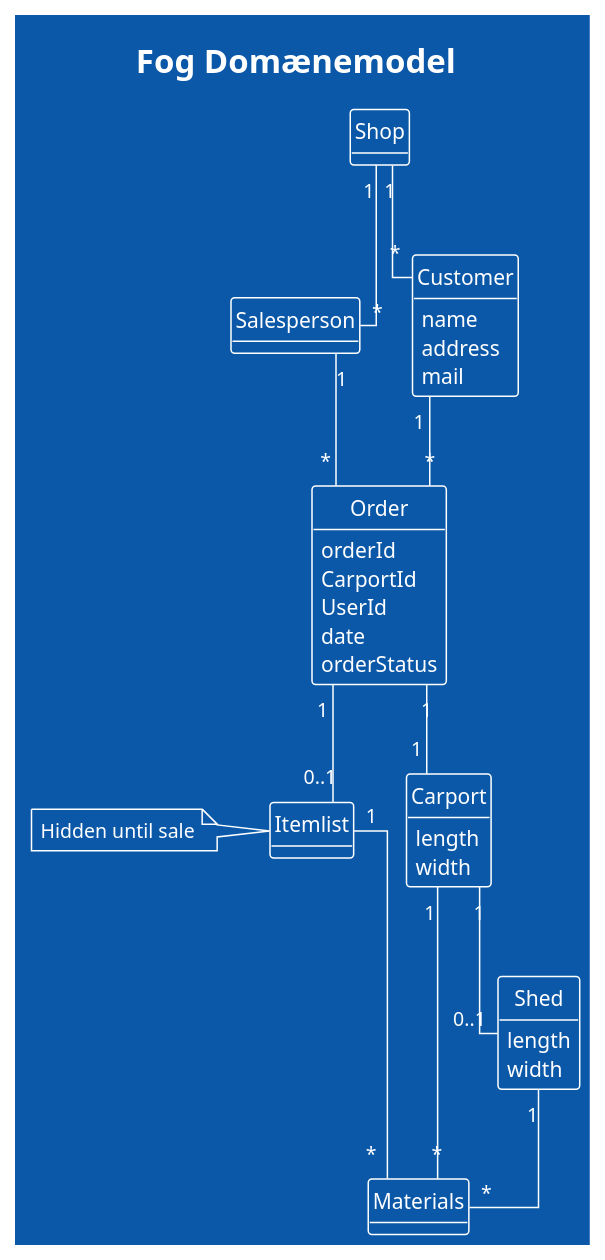
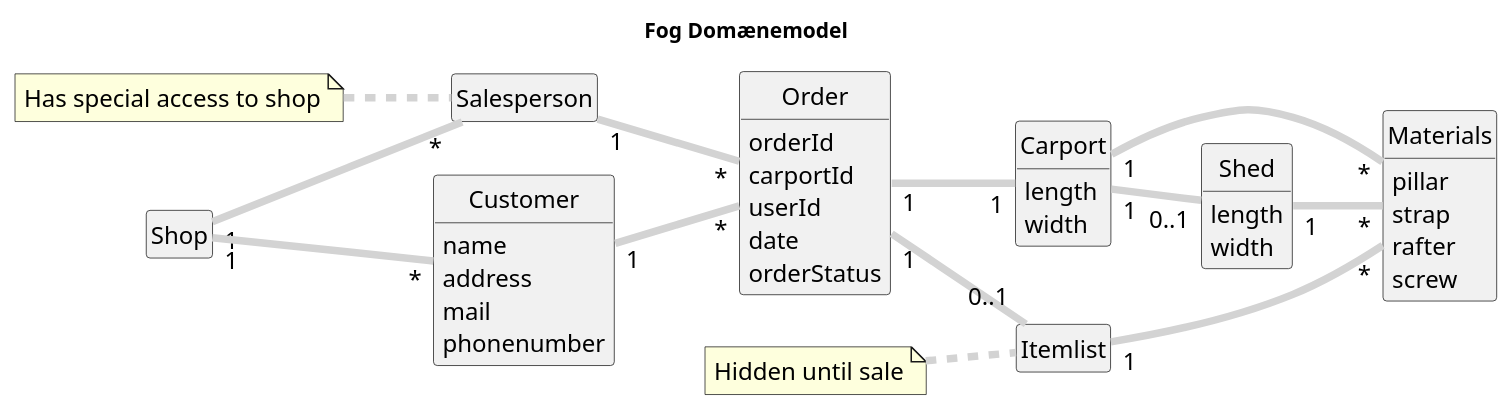
Before and after one commit to Laumh-exe/2SemEksamenOpgave: the diagram in doc/Analyse/DomæneDiagram.puml, drawn with PlantUML.

```diff
--- a/doc/Analyse/DomæneDiagram.puml
+++ b/doc/Analyse/DomæneDiagram.puml
@@ -1,65 +1,78 @@
 @startuml
 'https://plantuml.com/class-diagram
 
-skinparam linetype ortho
+left to right direction
+skinparam style strictuml
+skinparam DefaultFontSize 16
+skinparam DefaultFontStyle bold
+skinparam ArrowColor #lightgrey
+skinparam ArrowThickness 5
+hide methods
+hide circle
+hide empty members
 
 
-!theme amiga
 Title Fog Domænemodel
-hide methods
-hide circle
 
+class Shop {
+}
 
 class Salesperson {
 }
+
+note left: Has special access to shop
+
 
 Class Customer{
     name
     address
     mail
-
+    phonenumber
 }
 
 Class Order {
     orderId
-    CarportId
-    UserId
+    carportId
+    userId
     date
     orderStatus
 }
 
 Class Carport {
     length
     width
 }
 
 Class Materials {
-
+    pillar
+    strap
+    rafter
+    screw
 }
 
 Class Shed {
     length
     width
 }
 
 
 Class Itemlist {
 
 }
 
 
 note left: Hidden until sale
 
 Shop "1"--"*" Salesperson
 Shop "1"--"*" Customer
 Customer "1"--"*" Order
 Order "1"--"1" Carport
 Carport "1"--"0..1" Shed
 Itemlist "1"--"*" Materials
 Salesperson "1"--"*" Order
 Order "1"--"0..1" Itemlist
 Carport "1"--"*" Materials
 Shed "1"--"*" Materials
 
 
 @enduml
```
